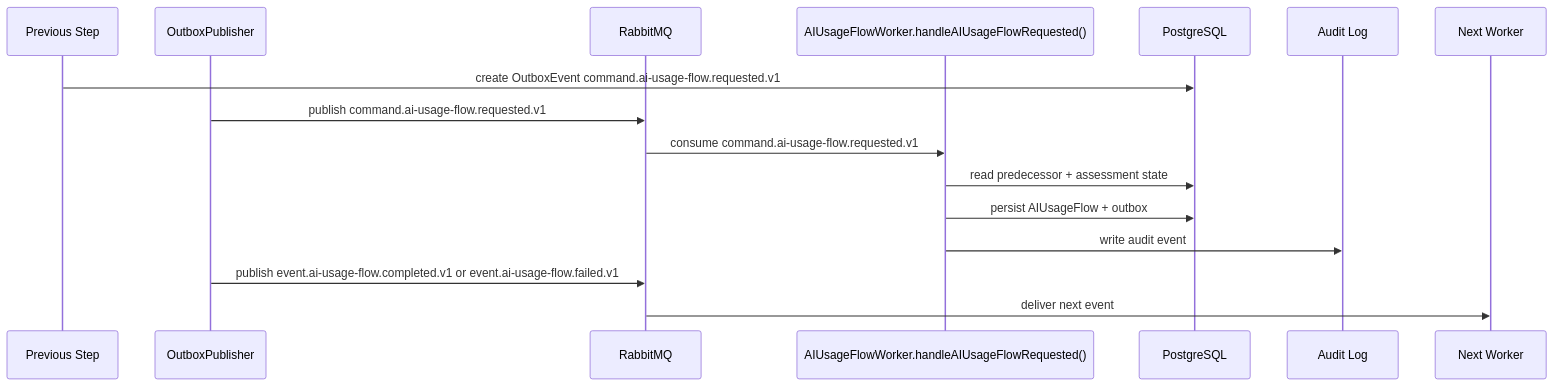
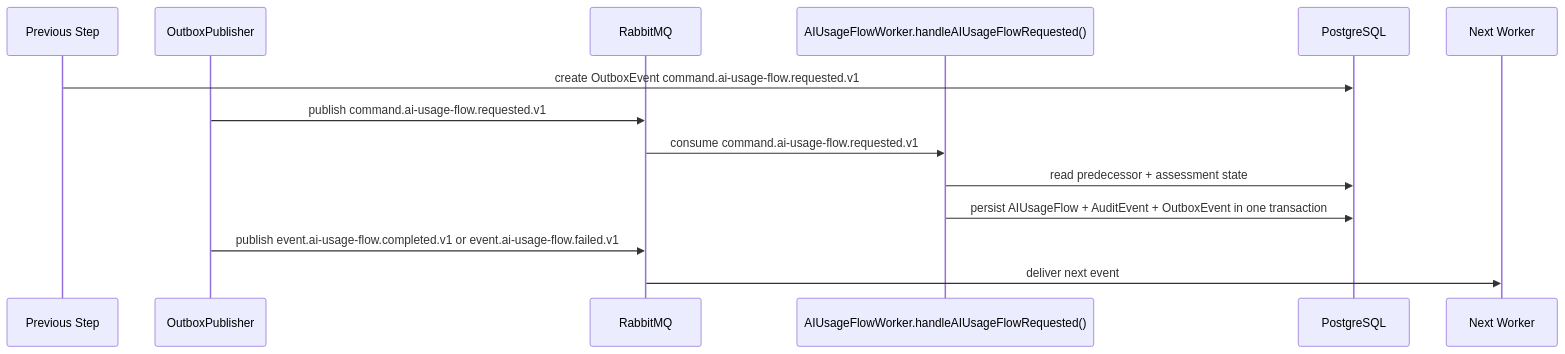
One commit to khovan123/LCSP changed the diagram in docs/developer-execution-blueprints/ai-usage-flow-blueprint.md. Above: the diagram before and after it, drawn with Mermaid. The commit also changed other lines of this file and 14 other files, not shown here.

````diff
--- a/docs/developer-execution-blueprints/ai-usage-flow-blueprint.md
+++ b/docs/developer-execution-blueprints/ai-usage-flow-blueprint.md
@@ -150,19 +151,17 @@
 ```mermaid
 sequenceDiagram
   participant Prev as Previous Step
   participant Outbox as OutboxPublisher
   participant MQ as RabbitMQ
   participant Worker as AIUsageFlowWorker.handleAIUsageFlowRequested()
   participant DB as PostgreSQL
-  participant Audit as Audit Log
   participant Next as Next Worker
 
   Prev->>DB: create OutboxEvent command.ai-usage-flow.requested.v1
   Outbox->>MQ: publish command.ai-usage-flow.requested.v1
   MQ->>Worker: consume command.ai-usage-flow.requested.v1
   Worker->>DB: read predecessor + assessment state
-  Worker->>DB: persist AIUsageFlow + outbox
-  Worker->>Audit: write audit event
+  Worker->>DB: persist AIUsageFlow + AuditEvent + OutboxEvent in one transaction
   Outbox->>MQ: publish event.ai-usage-flow.completed.v1 or event.ai-usage-flow.failed.v1
   MQ->>Next: deliver next event
 ```
````
